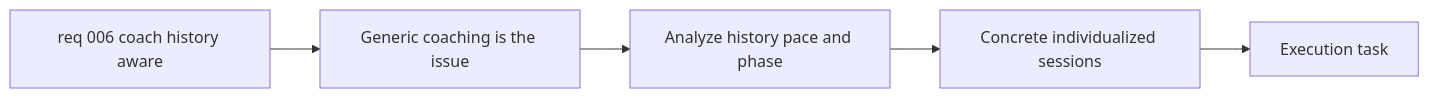
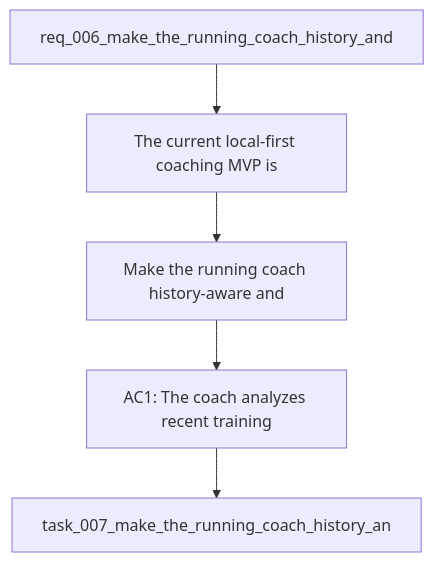
The diagram in logics/backlog/item_007_make_the_running_coach_history_and_pace_aware.md (Jilanos/Coach_garmin), drawn with Mermaid before and after one commit. The commit also changed other lines of this file and 86 other files, not shown here.

Commit message:
Harden chart UX and UTF-8 handling

````diff
--- a/logics/backlog/item_007_make_the_running_coach_history_and_pace_aware.md
+++ b/logics/backlog/item_007_make_the_running_coach_history_and_pace_aware.md
@@ -33,9 +33,9 @@
 ```mermaid
 %% logics-kind: backlog
 %% logics-signature: backlog|make-the-running-coach-history-aware-and|req-006-make-the-running-coach-history-a|the-current-local-first-coaching-mvp-is|ac1-the-coach-analyzes-recent-training
-flowchart LR
-    Request[req 006 coach history aware] --> Problem[Generic coaching is the issue]
-    Problem --> Scope[Analyze history pace and phase]
-    Scope --> Acceptance[Concrete individualized sessions]
-    Acceptance --> Task[Execution task]
+flowchart TD
+    Request[req_006_make_the_running_coach_history_and] --> Problem[The current local-first coaching MVP is]
+    Problem --> Scope[Make the running coach history-aware and]
+    Scope --> Acceptance[AC1: The coach analyzes recent training]
+    Acceptance --> Tasks[task_007_make_the_running_coach_history_an]
 ```
````
